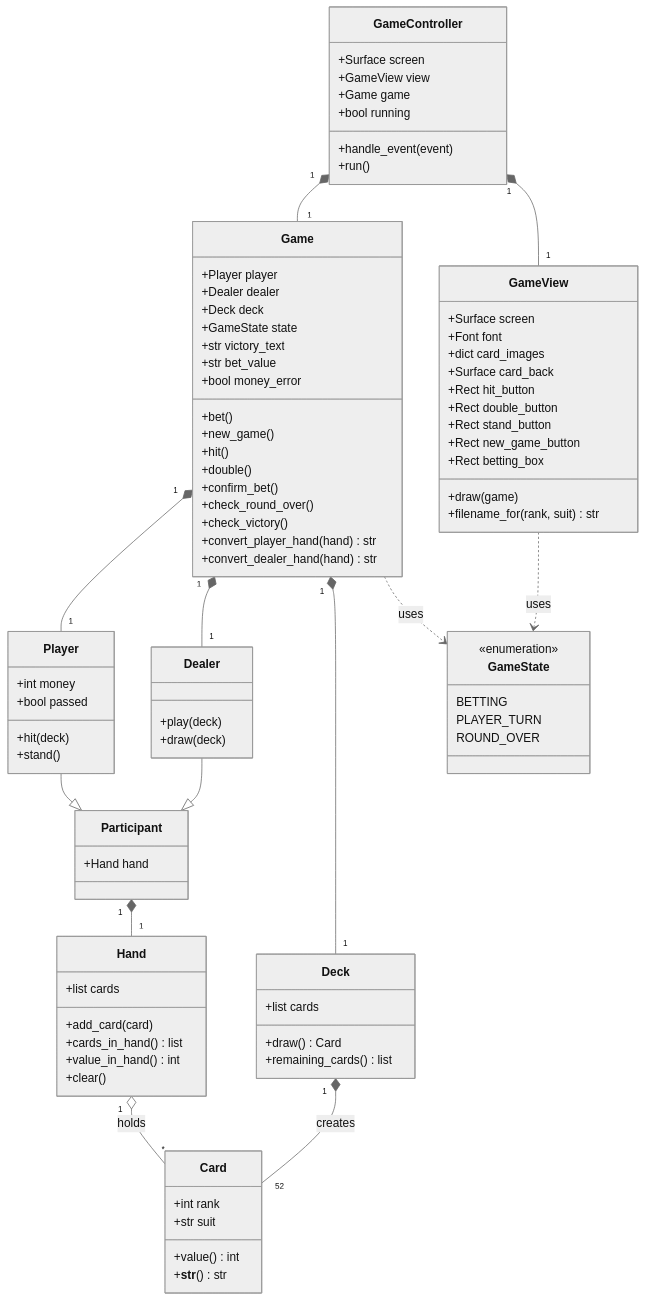
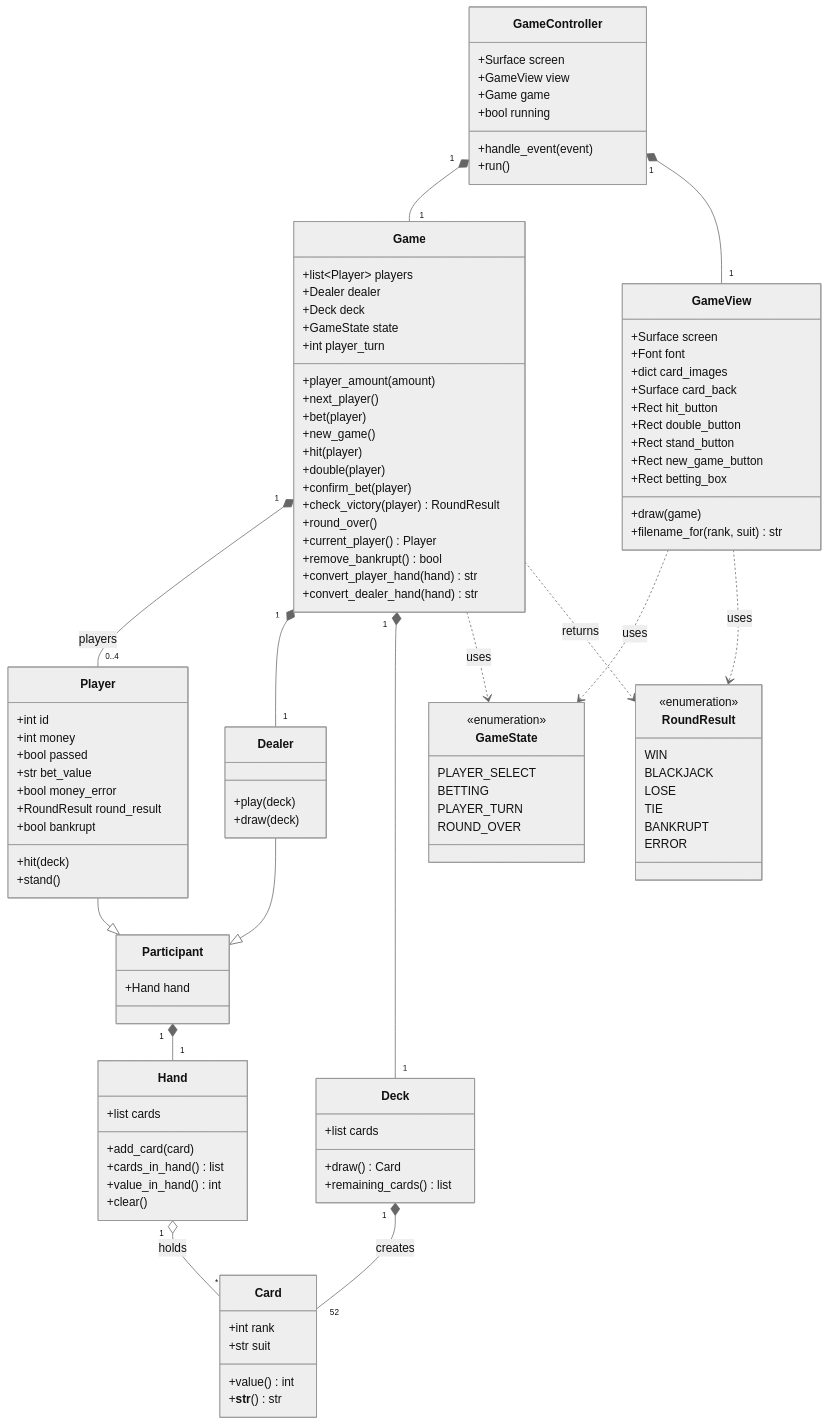
One commit to MikkelKSpecialisterne/blackjack changed the diagram in README.md. Above: the diagram before and after it, drawn with Mermaid (neutral theme). The commit also changed 1 other file, not shown here.

Commit message:
updating the class diagram

````diff
--- a/README.md
+++ b/README.md
@@ -39,8 +39,13 @@
     }
 
     class Player {
+        +int id
         +int money
         +bool passed
+        +str bet_value
+        +bool money_error
+        +RoundResult round_result
+        +bool bankrupt
         +hit(deck)
         +stand()
     }
@@ -52,26 +57,39 @@
 
     class GameState {
         <<enumeration>>
+        PLAYER_SELECT
         BETTING
         PLAYER_TURN
         ROUND_OVER
     }
 
+    class RoundResult {
+        <<enumeration>>
+        WIN
+        BLACKJACK
+        LOSE
+        TIE
+        BANKRUPT
+        ERROR
+    }
+
     class Game {
-        +Player player
+        +list~Player~ players
         +Dealer dealer
         +Deck deck
         +GameState state
-        +str victory_text
-        +str bet_value
-        +bool money_error
-        +bet()
+        +int player_turn
+        +player_amount(amount)
+        +next_player()
+        +bet(player)
         +new_game()
-        +hit()
-        +double()
-        +confirm_bet()
-        +check_round_over()
-        +check_victory()
+        +hit(player)
+        +double(player)
+        +confirm_bet(player)
+        +check_victory(player) RoundResult
+        +round_over()
+        +current_player() Player
+        +remove_bankrupt() bool
         +convert_player_hand(hand) str
         +convert_dealer_hand(hand) str
     }
@@ -104,11 +122,13 @@
     Participant "1" *-- "1" Hand
     Player --|> Participant
     Dealer --|> Participant
-    Game "1" *-- "1" Player
+    Game "1" *-- "0..4" Player : players
     Game "1" *-- "1" Dealer
     Game "1" *-- "1" Deck
     Game ..> GameState : uses
+    Game ..> RoundResult : returns
     GameController "1" *-- "1" Game
     GameController "1" *-- "1" GameView
     GameView ..> GameState : uses
+    GameView ..> RoundResult : uses
 ```
````
